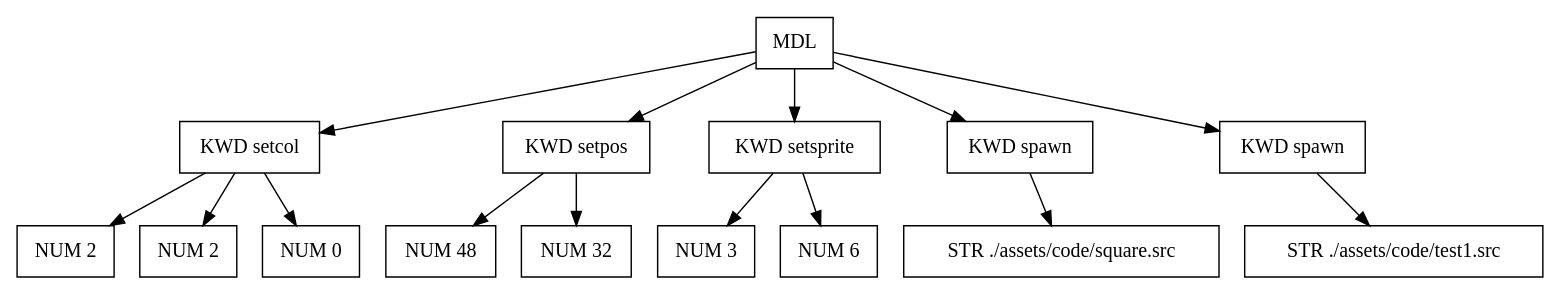
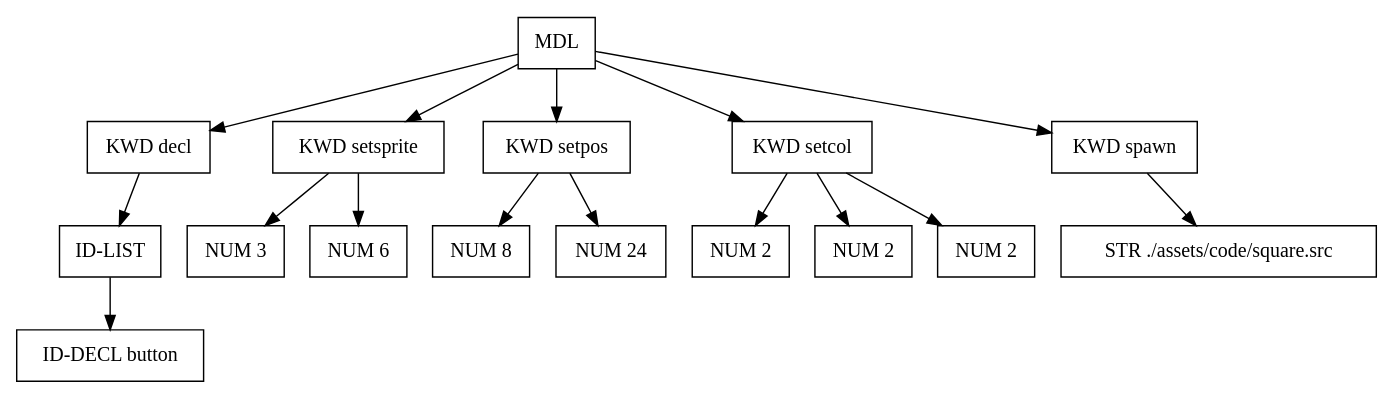
Before and after one commit to seanbutler/Morris: the diagram in assets/code/main.src.gv, drawn with Graphviz. The commit also changed 60 other files, not shown here.

```diff
--- a/assets/code/main.src.gv
+++ b/assets/code/main.src.gv
@@ -1,32 +1,34 @@
 digraph G {
 node [shape = circle];
-node0 [ uuid = "9db0fb85-e7e3-4fa9-83f2-3698d16229de" shape = "record" label = "MDL " ];
-node1 [ uuid = "c50e1ed7-f219-44e7-bc77-e4b1cf5d7a4a" shape = "record" label = "KWD setcol" ];
-node2 [ uuid = "2cd5da7d-de83-4273-a450-0389cd9835f5" shape = "record" label = "NUM 2" ];
+node0 [ uuid = "7034ae02-acad-4fac-b544-8b76a7621b13" shape = "record" label = "MDL " ];
+node1 [ uuid = "2e839822-c529-4f4b-9386-3f283277d143" shape = "record" label = "KWD decl" ];
+node2 [ uuid = "4598551f-0c97-454c-b93d-c6d374ae9f8e" shape = "record" label = "ID-LIST " ];
+node3 [ uuid = "50c84e75-41fd-43d6-9786-5b0e0399a43c" shape = "record" label = "ID-DECL button" ];
+node2 -> node3;
 node1 -> node2;
-node3 [ uuid = "2aa95862-7598-45cc-851b-eae2082ba9e0" shape = "record" label = "NUM 2" ];
-node1 -> node3;
-node4 [ uuid = "592badb0-2f3e-4505-8fb5-59b02560d52c" shape = "record" label = "NUM 0" ];
-node1 -> node4;
 node0 -> node1;
-node5 [ uuid = "cb7c94e2-168c-47d1-b2d8-84006ba34216" shape = "record" label = "KWD setpos" ];
-node6 [ uuid = "d4ef514c-4f8e-4196-94a0-80e54772ecaf" shape = "record" label = "NUM 48" ];
-node5 -> node6;
-node7 [ uuid = "d8bc3d4f-9e0b-4a5b-a846-426209398001" shape = "record" label = "NUM 32" ];
-node5 -> node7;
-node0 -> node5;
-node8 [ uuid = "0990e20a-b527-49b8-9107-a023a5d16dbd" shape = "record" label = "KWD setsprite" ];
-node9 [ uuid = "0762f662-972f-47be-aa0c-51190096da0d" shape = "record" label = "NUM 3" ];
-node8 -> node9;
-node10 [ uuid = "c76e020e-42a4-4973-be0d-4c4a8c972a7f" shape = "record" label = "NUM 6" ];
-node8 -> node10;
-node0 -> node8;
-node11 [ uuid = "ce26ddcb-90cc-4640-af32-6699b808b727" shape = "record" label = "KWD spawn" ];
-node12 [ uuid = "87067d8f-f430-466a-aec1-160ee6fb436f" shape = "record" label = "STR ./assets/code/square.src" ];
-node11 -> node12;
-node0 -> node11;
-node13 [ uuid = "8fa9e7ae-b6b1-4aa2-a145-be4ca847dba3" shape = "record" label = "KWD spawn" ];
-node14 [ uuid = "9f50b6e7-3aa7-4d2b-96e5-8c04905b4792" shape = "record" label = "STR ./assets/code/test1.src" ];
-node13 -> node14;
-node0 -> node13;
+node4 [ uuid = "bf461521-a850-4077-8170-adf09bd7bbc7" shape = "record" label = "KWD setsprite" ];
+node5 [ uuid = "04b5b229-c28e-4cbe-af89-cb6ddf1e6df3" shape = "record" label = "NUM 3" ];
+node4 -> node5;
+node6 [ uuid = "040bc42a-1c44-4dc0-b8d1-3a985e3cf37b" shape = "record" label = "NUM 6" ];
+node4 -> node6;
+node0 -> node4;
+node7 [ uuid = "1f00d0bd-ef30-446d-a243-330bf4c86240" shape = "record" label = "KWD setpos" ];
+node8 [ uuid = "aedf404b-8557-4351-b81a-dda121dfceb6" shape = "record" label = "NUM 8" ];
+node7 -> node8;
+node9 [ uuid = "782c2a25-4ff2-4d6f-bb11-032aba1d5c0a" shape = "record" label = "NUM 24" ];
+node7 -> node9;
+node0 -> node7;
+node10 [ uuid = "46942afd-acae-4d28-beb1-379ab15fabee" shape = "record" label = "KWD setcol" ];
+node11 [ uuid = "15355823-224f-4119-a869-4e2a4558790e" shape = "record" label = "NUM 2" ];
+node10 -> node11;
+node12 [ uuid = "cabd9e59-f3c4-4cc3-aeb8-929fcd6e8454" shape = "record" label = "NUM 2" ];
+node10 -> node12;
+node13 [ uuid = "30450327-7afe-4327-82f6-793d8c55591d" shape = "record" label = "NUM 2" ];
+node10 -> node13;
+node0 -> node10;
+node14 [ uuid = "956587d7-895d-44bb-a4c6-cef3c786fcec" shape = "record" label = "KWD spawn" ];
+node15 [ uuid = "6a95a2bb-b37d-4f67-826b-b43b58ec4f16" shape = "record" label = "STR ./assets/code/square.src" ];
+node14 -> node15;
+node0 -> node14;
 }
```
